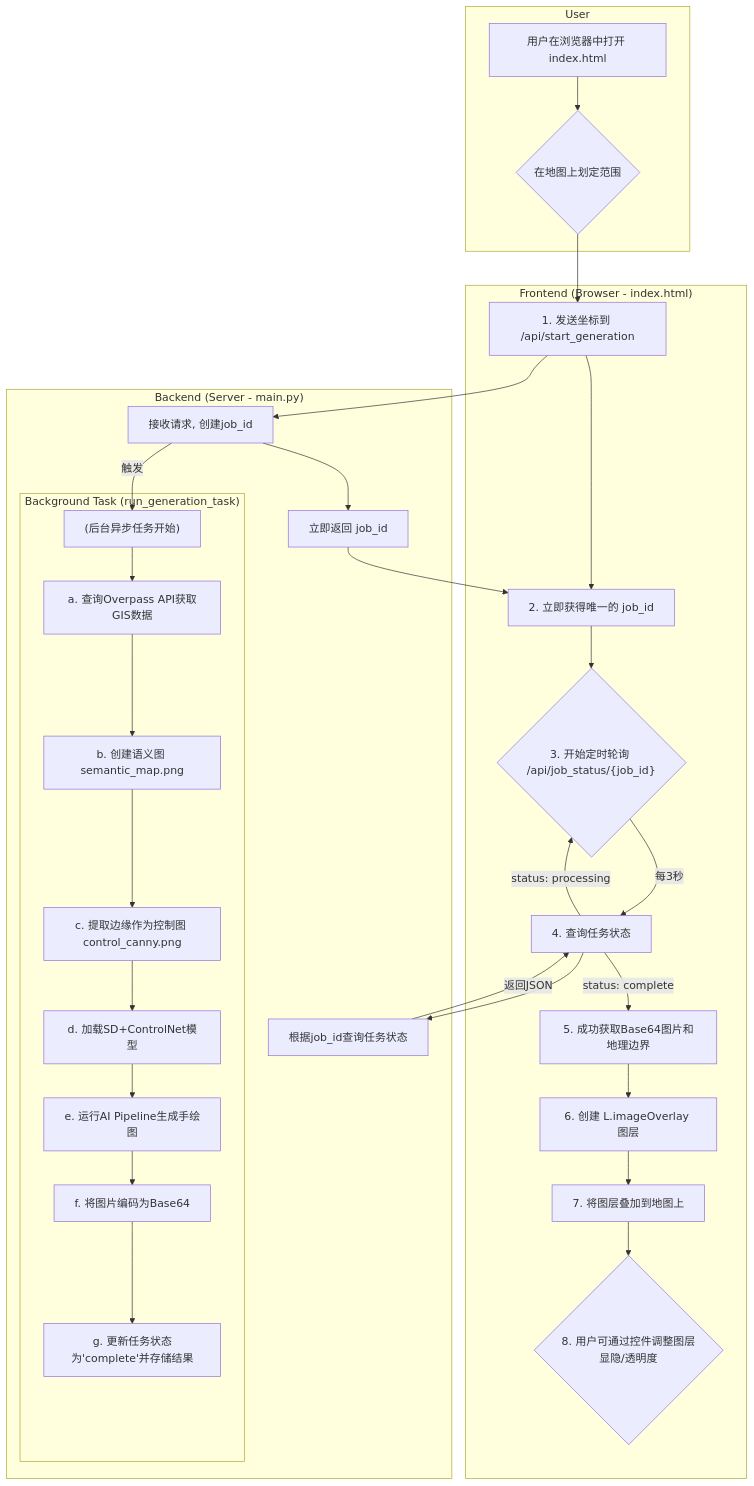
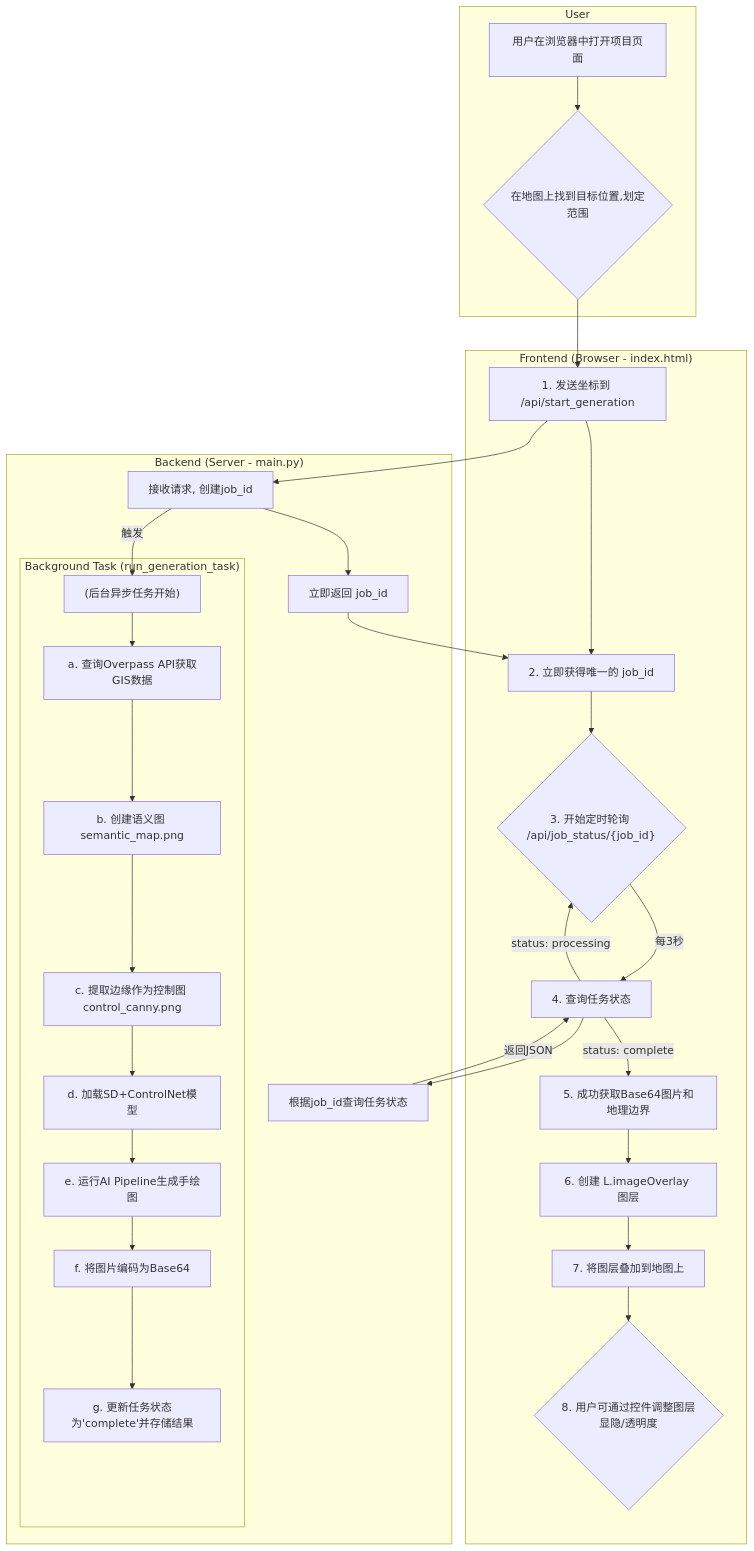
One commit to madgoat8/AI-TourMap-Generator changed the diagram in 项目实现规划.md. Above: the diagram before and after it, drawn with Mermaid. The commit also changed other lines of this file and 1 other file, not shown here.

````diff
--- a/项目实现规划.md
+++ b/项目实现规划.md
@@ -7,39 +7,39 @@
 ```mermaid
 graph TD
     subgraph User
-        A["用户在浏览器中打开 index.html"] --> B{"在地图上划定范围"};
+        A["用户在浏览器中打开项目页面"] --> B{"在地图上找到目标位置,划定范围"};
     end
 
     subgraph "Frontend (Browser - index.html)"
         B --> C["1. 发送坐标到 /api/start_generation"];
         C --> D["2. 立即获得唯一的 job_id"];
         D --> E{"3. 开始定时轮询 /api/job_status/{job_id}"};
         E -- 每3秒 --> F["4. 查询任务状态"];
         F -- status: processing --> E;
         F -- status: complete --> G["5. 成功获取Base64图片和地理边界"];
         G --> H["6. 创建 L.imageOverlay 图层"];
         H --> I["7. 将图层叠加到地图上"];
         I --> J{"8. 用户可通过控件调整图层显隐/透明度"};
     end
 
     subgraph "Backend (Server - main.py)"
         C --> K["接收请求, 创建job_id"];
         K --> L["立即返回 job_id"];
         K -- 触发 --> M["(后台异步任务开始)"];
-        
+      
         subgraph "Background Task (run_generation_task)"
             M --> N["a. 查询Overpass API获取GIS数据"];
             N --> O["b. 创建语义图 semantic_map.png"];
             O --> P["c. 提取边缘作为控制图 control_canny.png"];
             P --> Q["d. 加载SD+ControlNet模型"];
             Q --> R["e. 运行AI Pipeline生成手绘图"];
             R --> S["f. 将图片编码为Base64"];
             S --> T["g. 更新任务状态为'complete'并存储结果"];
         end
 
         F --> U["根据job_id查询任务状态"];
         U -- 返回JSON --> F;
     end
 
     L --> D;
 ```
````
